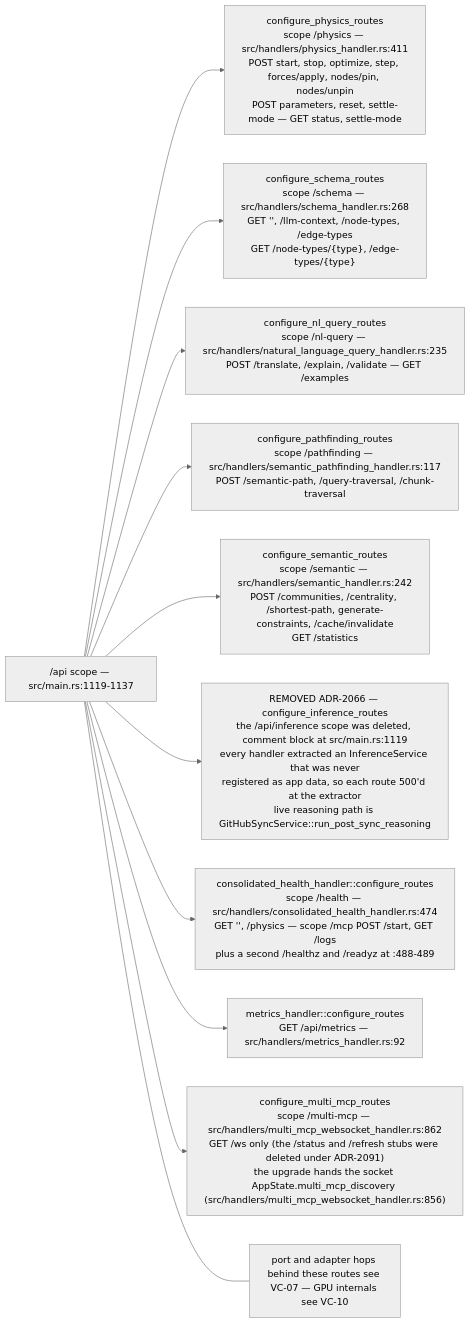
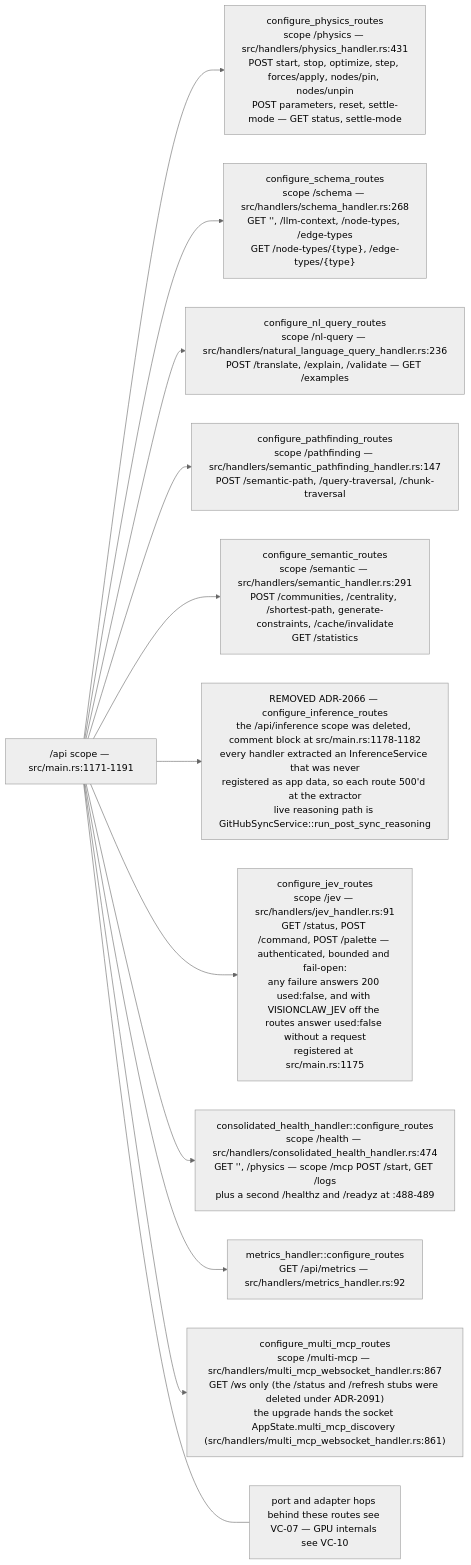
The tenth of 13 diagrams in docs/diagrams/visionclaw/01-boot-and-app-state.md (DreamLab-AI/VisionFlow), drawn with Mermaid (neutral theme) before and after one commit. The commit also changed other lines of this file and 160 other files, not shown here.

````diff
--- a/docs/diagrams/visionclaw/01-boot-and-app-state.md
+++ b/docs/diagrams/visionclaw/01-boot-and-app-state.md
@@ -412,15 +420,16 @@
 ```mermaid
 flowchart LR
-    S["/api scope — src/main.rs:1119-1137"]
-    S --> P["configure_physics_routes<br/>scope /physics — src/handlers/physics_handler.rs:411<br/>POST start, stop, optimize, step, forces/apply, nodes/pin, nodes/unpin<br/>POST parameters, reset, settle-mode — GET status, settle-mode"]
+    S["/api scope — src/main.rs:1171-1191"]
+    S --> P["configure_physics_routes<br/>scope /physics — src/handlers/physics_handler.rs:431<br/>POST start, stop, optimize, step, forces/apply, nodes/pin, nodes/unpin<br/>POST parameters, reset, settle-mode — GET status, settle-mode"]
     S --> SC["configure_schema_routes<br/>scope /schema — src/handlers/schema_handler.rs:268<br/>GET '', /llm-context, /node-types, /edge-types<br/>GET /node-types/{type}, /edge-types/{type}"]
-    S --> NL["configure_nl_query_routes<br/>scope /nl-query — src/handlers/natural_language_query_handler.rs:235<br/>POST /translate, /explain, /validate — GET /examples"]
-    S --> PF["configure_pathfinding_routes<br/>scope /pathfinding — src/handlers/semantic_pathfinding_handler.rs:117<br/>POST /semantic-path, /query-traversal, /chunk-traversal"]
-    S --> SM["configure_semantic_routes<br/>scope /semantic — src/handlers/semantic_handler.rs:242<br/>POST /communities, /centrality, /shortest-path, generate-constraints, /cache/invalidate<br/>GET /statistics"]
-    S --> IN["REMOVED ADR-2066 — configure_inference_routes<br/>the /api/inference scope was deleted, comment block at src/main.rs:1119<br/>every handler extracted an InferenceService that was never<br/>registered as app data, so each route 500'd at the extractor<br/>live reasoning path is GitHubSyncService::run_post_sync_reasoning"]
+    S --> NL["configure_nl_query_routes<br/>scope /nl-query — src/handlers/natural_language_query_handler.rs:236<br/>POST /translate, /explain, /validate — GET /examples"]
+    S --> PF["configure_pathfinding_routes<br/>scope /pathfinding — src/handlers/semantic_pathfinding_handler.rs:147<br/>POST /semantic-path, /query-traversal, /chunk-traversal"]
+    S --> SM["configure_semantic_routes<br/>scope /semantic — src/handlers/semantic_handler.rs:291<br/>POST /communities, /centrality, /shortest-path, generate-constraints, /cache/invalidate<br/>GET /statistics"]
+    S --> IN["REMOVED ADR-2066 — configure_inference_routes<br/>the /api/inference scope was deleted, comment block at src/main.rs:1178-1182<br/>every handler extracted an InferenceService that was never<br/>registered as app data, so each route 500'd at the extractor<br/>live reasoning path is GitHubSyncService::run_post_sync_reasoning"]
+    S --> JV["configure_jev_routes<br/>scope /jev — src/handlers/jev_handler.rs:91<br/>GET /status, POST /command, POST /palette — authenticated, bounded and fail-open:<br/>any failure answers 200 used:false, and with VISIONCLAW_JEV off the routes answer used:false without a request<br/>registered at src/main.rs:1175"]
     S --> HE["consolidated_health_handler::configure_routes<br/>scope /health — src/handlers/consolidated_health_handler.rs:474<br/>GET '', /physics — scope /mcp POST /start, GET /logs<br/>plus a second /healthz and /readyz at :488-489"]
     S --> ME["metrics_handler::configure_routes<br/>GET /api/metrics — src/handlers/metrics_handler.rs:92"]
-    S --> MM["configure_multi_mcp_routes<br/>scope /multi-mcp — src/handlers/multi_mcp_websocket_handler.rs:862<br/>GET /ws only (the /status and /refresh stubs were deleted under ADR-2091)<br/>the upgrade hands the socket AppState.multi_mcp_discovery (src/handlers/multi_mcp_websocket_handler.rs:856)"]
+    S --> MM["configure_multi_mcp_routes<br/>scope /multi-mcp — src/handlers/multi_mcp_websocket_handler.rs:867<br/>GET /ws only (the /status and /refresh stubs were deleted under ADR-2091)<br/>the upgrade hands the socket AppState.multi_mcp_discovery (src/handlers/multi_mcp_websocket_handler.rs:861)"]
     N["port and adapter hops behind these routes see VC-07 — GPU internals see VC-10"]
     S --- N
 ```
````
